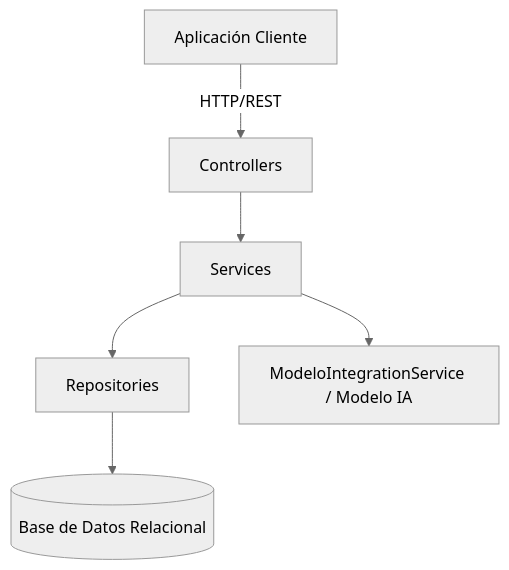
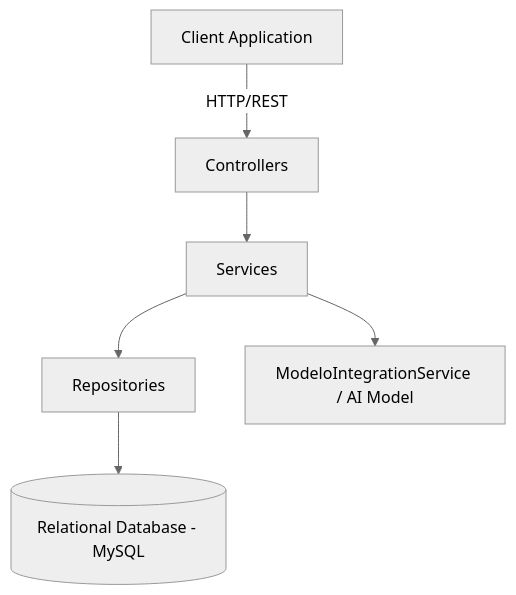
One commit to No-Country-simulation/G9-LATAM-Team-77 changed the first of 2 diagrams in Backend/backend_documentation.md. Above: the diagram before and after it, drawn with Mermaid (neutral theme). The commit also changed other lines of this file and 14 other files, not shown here.

````diff
--- a/Backend/backend_documentation.md
+++ b/Backend/backend_documentation.md
@@ -4,8 +4,8 @@
 ```mermaid
 graph TD
-    Client[Aplicación Cliente] -->|HTTP/REST| Controllers
+    Client[Client Application] -->|HTTP/REST| Controllers
     Controllers --> Services
     Services --> Repositories
-    Services --> ModeloAI[ModeloIntegrationService / Modelo IA]
-    Repositories --> DB[(Base de Datos Relacional)]
+    Services --> ModeloAI[ModeloIntegrationService / AI Model]
+    Repositories --> DB[(Relational Database - MySQL)]
 ```
````
